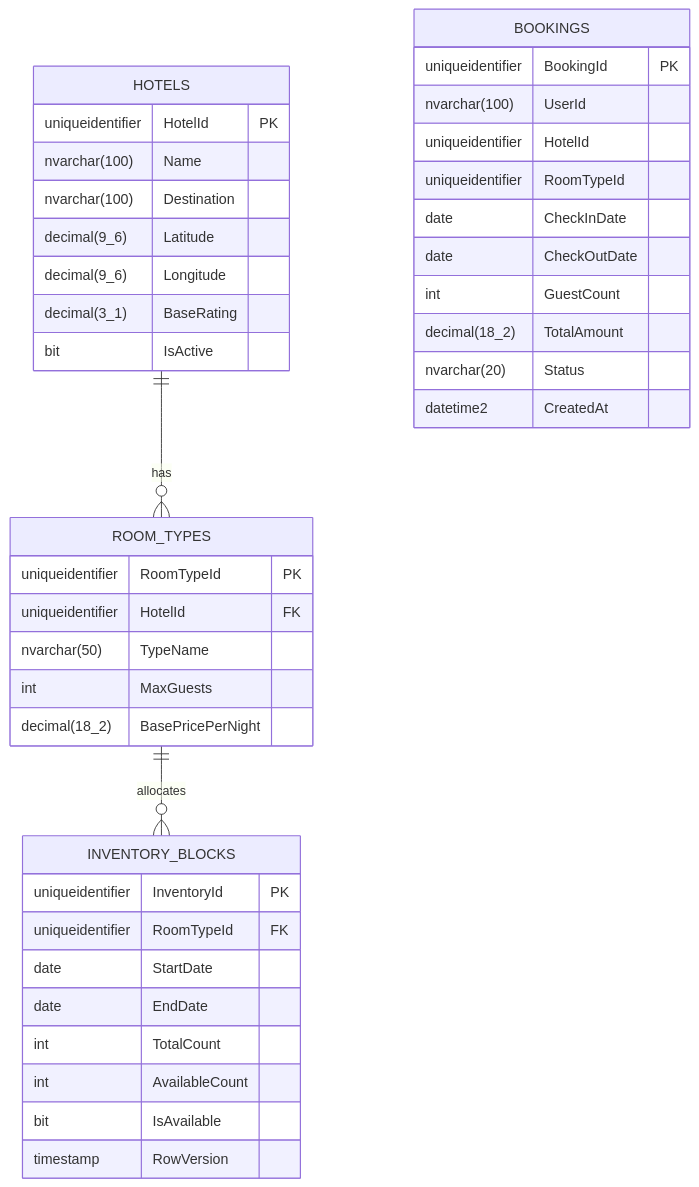
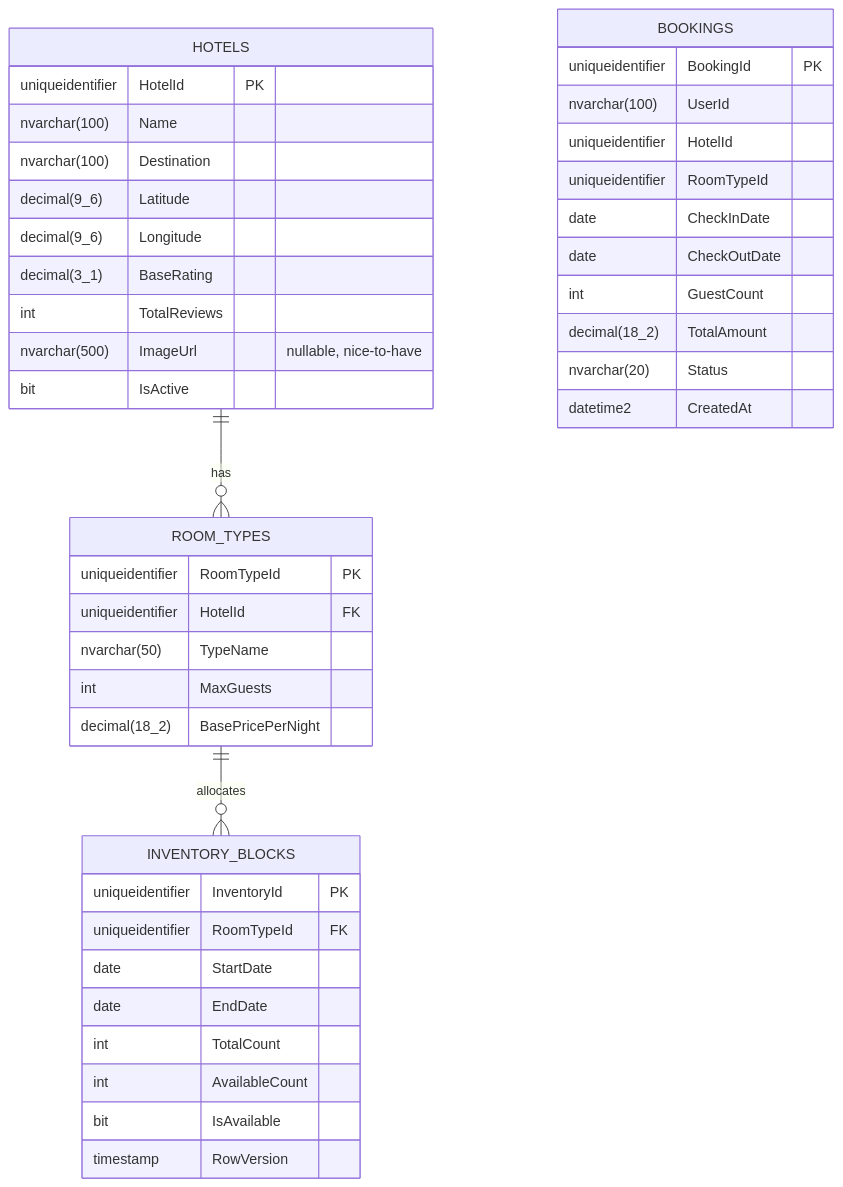
Before and after one commit to batusalcan/HotelBookingSystem: the diagram in docs/Database-Design-ER-Modeling.md, drawn with Mermaid. The commit also changed other lines of this file and 2 other files, not shown here.

Commit message:
docs: final consistency pass — image upload, TotalCount, all 5 comment categories, MaxGuests filter, frontend UI requirement

````diff
--- a/docs/Database-Design-ER-Modeling.md
+++ b/docs/Database-Design-ER-Modeling.md
@@ -31,58 +31,60 @@
 ```mermaid
 erDiagram
 
     %% ==========================================
     %% CONTEXT A: Hotel Catalog & Inventory
     %% Owned by: Hotel Service (CatalogDbContext)
     %% ==========================================
 
     HOTELS ||--o{ ROOM_TYPES : "has"
     ROOM_TYPES ||--o{ INVENTORY_BLOCKS : "allocates"
 
     HOTELS {
         uniqueidentifier HotelId PK
         nvarchar(100) Name
         nvarchar(100) Destination
         decimal(9_6) Latitude
         decimal(9_6) Longitude
         decimal(3_1) BaseRating
+        int TotalReviews
+        nvarchar(500) ImageUrl "nullable, nice-to-have"
         bit IsActive
     }
 
     ROOM_TYPES {
         uniqueidentifier RoomTypeId PK
         uniqueidentifier HotelId FK
         nvarchar(50) TypeName
         int MaxGuests
         decimal(18_2) BasePricePerNight
     }
 
     INVENTORY_BLOCKS {
         uniqueidentifier InventoryId PK
         uniqueidentifier RoomTypeId FK
         date StartDate
         date EndDate
         int TotalCount
         int AvailableCount
         bit IsAvailable
         timestamp RowVersion
     }
 
     %% ==========================================
     %% CONTEXT B: Reservations
     %% Owned by: Hotel Service (BookingDbContext)
     %% ==========================================
 
     BOOKINGS {
         uniqueidentifier BookingId PK
         nvarchar(100) UserId
         uniqueidentifier HotelId
         uniqueidentifier RoomTypeId
         date CheckInDate
         date CheckOutDate
         int GuestCount
         decimal(18_2) TotalAmount
         nvarchar(20) Status
         datetime2 CreatedAt
     }
 ```
````
